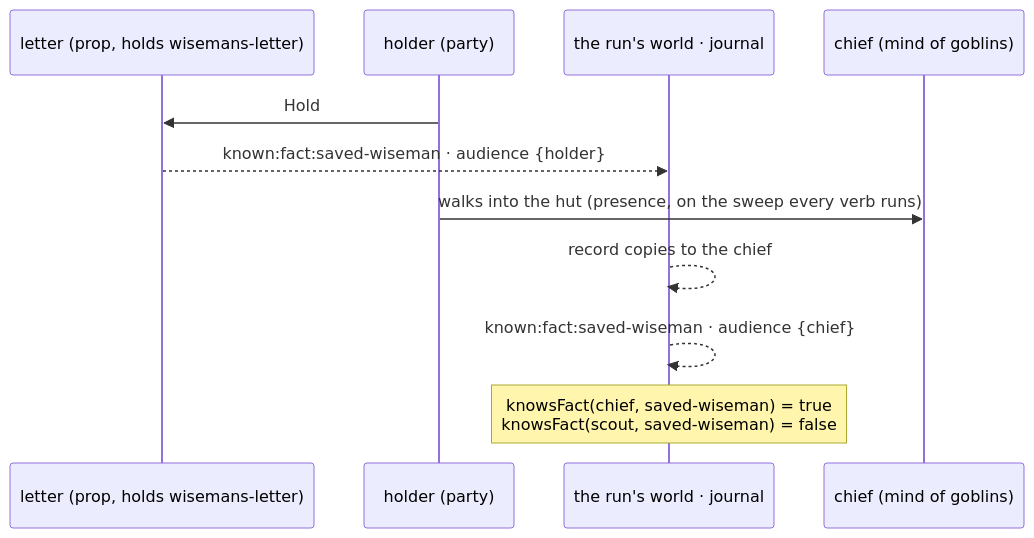
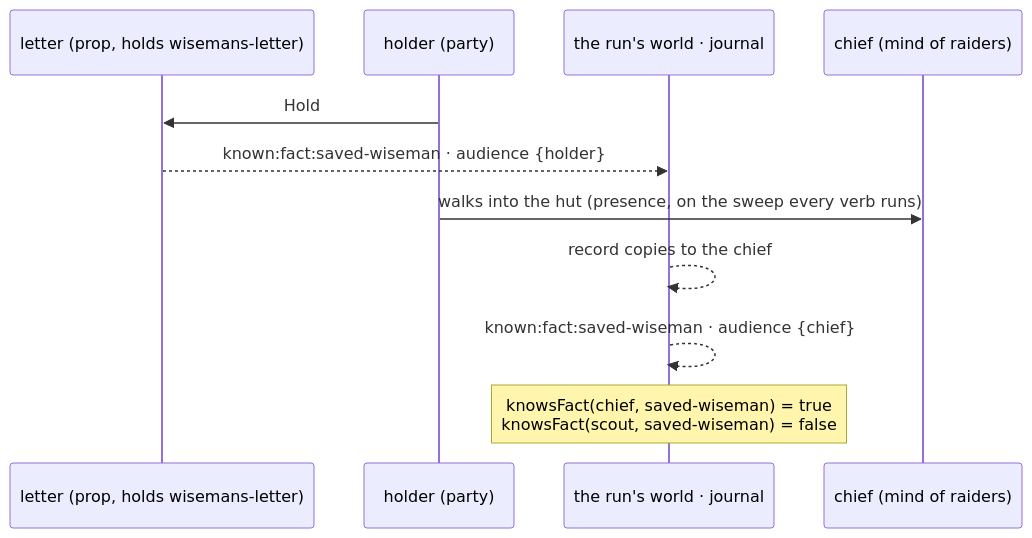
Before and after one commit to KirkDiggler/rpg-project: the second of 4 diagrams in ideas/living-world/hold-out/how-it-works.md, drawn with Mermaid. The commit also changed other lines of this file and 2 other files, not shown here.

Commit message:
design(living-world): hold-out — the camp is raiders (skeleton captain, skeletons, zombies): the monsters that exist today

````diff
--- a/ideas/living-world/hold-out/how-it-works.md
+++ b/ideas/living-world/hold-out/how-it-works.md
@@ -47,13 +47,13 @@
 ```mermaid
 sequenceDiagram
   participant L as letter (prop, holds wisemans-letter)
   participant H as holder (party)
   participant W as the run's world · journal
-  participant C as chief (mind of goblins)
+  participant C as chief (mind of raiders)
   H->>L: Hold
   L-->>W: known:fact:saved-wiseman · audience {holder}
   H->>C: walks into the hut (presence, on the sweep every verb runs)
   W-->>W: record copies to the chief
   W-->>W: known:fact:saved-wiseman · audience {chief}
   Note over W: knowsFact(chief, saved-wiseman) = true<br/>knowsFact(scout, saved-wiseman) = false
 ```
````
